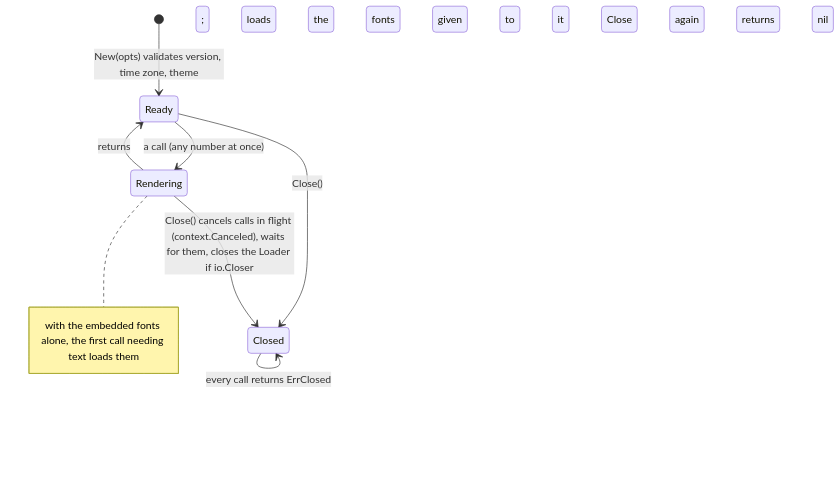
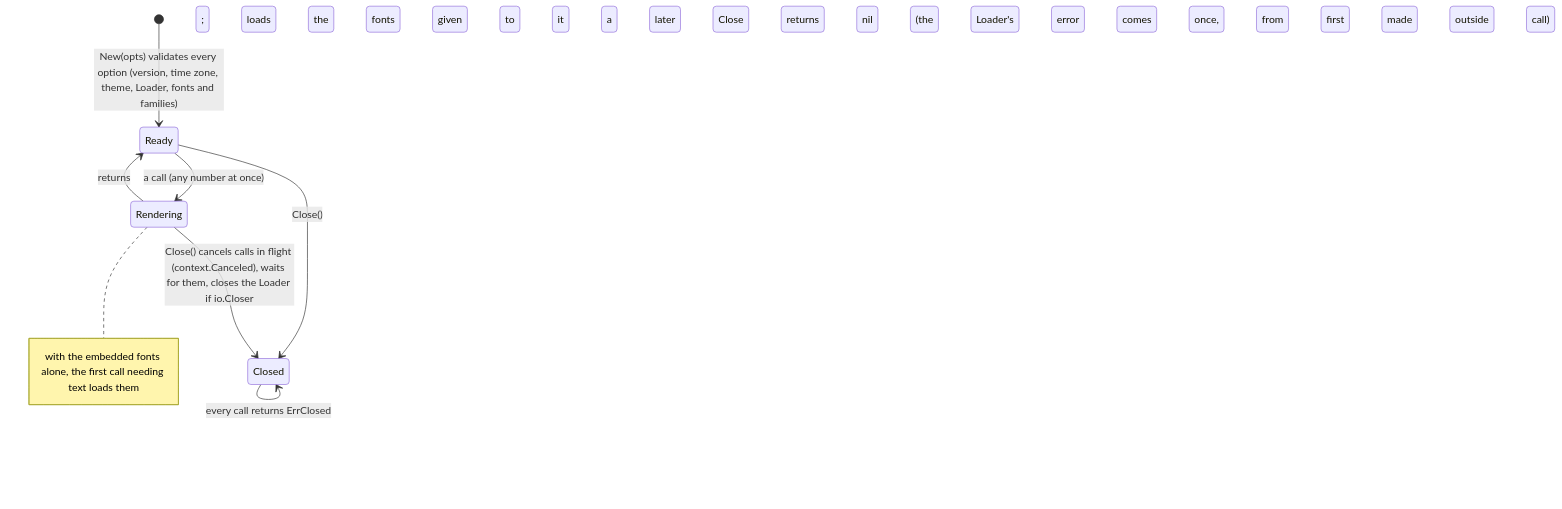
The third of 3 diagrams in docs/architecture.md (mgilbir/aster), drawn with Mermaid before and after one commit. The commit also changed other lines of this file and 13 other files, not shown here.

````diff
--- a/docs/architecture.md
+++ b/docs/architecture.md
@@ -80,10 +81,10 @@
 ```mermaid
 stateDiagram-v2
-  [*] --> Ready: New(opts) validates version, time zone, theme; loads the fonts given to it
+  [*] --> Ready: New(opts) validates every option (version, time zone, theme, Loader, fonts and families); loads the fonts given to it
   Ready --> Rendering: a call (any number at once)
   Rendering --> Ready: returns
   note right of Rendering: with the embedded fonts alone, the first call needing text loads them
   Ready --> Closed: Close()
   Rendering --> Closed: Close() cancels calls in flight (context.Canceled), waits for them, closes the Loader if io.Closer
-  Closed --> Closed: every call returns ErrClosed; Close again returns nil
+  Closed --> Closed: every call returns ErrClosed; a later Close returns nil (the Loader's Close error comes once, from the first Close made outside a call)
 ```
````
